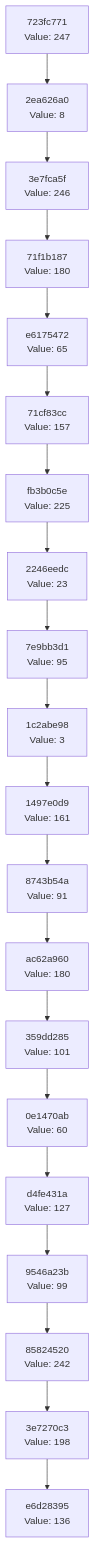
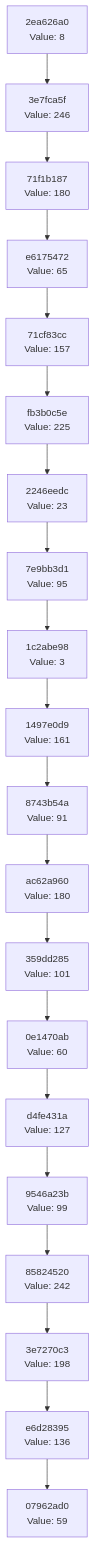
One commit to Abhisheksinha1506/hash-chain-evolver changed the diagram in docs/CHAIN_VISUALIZATION.md. Above: the diagram before and after it, drawn with Mermaid. The commit also changed 2 other files, not shown here.

Commit message:
Evolution step: hash 0x3B → action executed

````diff
--- a/docs/CHAIN_VISUALIZATION.md
+++ b/docs/CHAIN_VISUALIZATION.md
@@ -3,42 +3,42 @@
 ```mermaid
 graph TD
-    C0["e6d28395<br/>Value: 136"]
-    C1["3e7270c3<br/>Value: 198"]
+    C0["07962ad0<br/>Value: 59"]
+    C1["e6d28395<br/>Value: 136"]
     C1 --> C0
-    C2["85824520<br/>Value: 242"]
+    C2["3e7270c3<br/>Value: 198"]
     C2 --> C1
-    C3["9546a23b<br/>Value: 99"]
+    C3["85824520<br/>Value: 242"]
     C3 --> C2
-    C4["d4fe431a<br/>Value: 127"]
+    C4["9546a23b<br/>Value: 99"]
     C4 --> C3
-    C5["0e1470ab<br/>Value: 60"]
+    C5["d4fe431a<br/>Value: 127"]
     C5 --> C4
-    C6["359dd285<br/>Value: 101"]
+    C6["0e1470ab<br/>Value: 60"]
     C6 --> C5
-    C7["ac62a960<br/>Value: 180"]
+    C7["359dd285<br/>Value: 101"]
     C7 --> C6
-    C8["8743b54a<br/>Value: 91"]
+    C8["ac62a960<br/>Value: 180"]
     C8 --> C7
-    C9["1497e0d9<br/>Value: 161"]
+    C9["8743b54a<br/>Value: 91"]
     C9 --> C8
-    C10["1c2abe98<br/>Value: 3"]
+    C10["1497e0d9<br/>Value: 161"]
     C10 --> C9
-    C11["7e9bb3d1<br/>Value: 95"]
+    C11["1c2abe98<br/>Value: 3"]
     C11 --> C10
-    C12["2246eedc<br/>Value: 23"]
+    C12["7e9bb3d1<br/>Value: 95"]
     C12 --> C11
-    C13["fb3b0c5e<br/>Value: 225"]
+    C13["2246eedc<br/>Value: 23"]
     C13 --> C12
-    C14["71cf83cc<br/>Value: 157"]
+    C14["fb3b0c5e<br/>Value: 225"]
     C14 --> C13
-    C15["e6175472<br/>Value: 65"]
+    C15["71cf83cc<br/>Value: 157"]
     C15 --> C14
-    C16["71f1b187<br/>Value: 180"]
+    C16["e6175472<br/>Value: 65"]
     C16 --> C15
-    C17["3e7fca5f<br/>Value: 246"]
+    C17["71f1b187<br/>Value: 180"]
     C17 --> C16
-    C18["2ea626a0<br/>Value: 8"]
+    C18["3e7fca5f<br/>Value: 246"]
     C18 --> C17
-    C19["723fc771<br/>Value: 247"]
+    C19["2ea626a0<br/>Value: 8"]
     C19 --> C18
 ```
````
